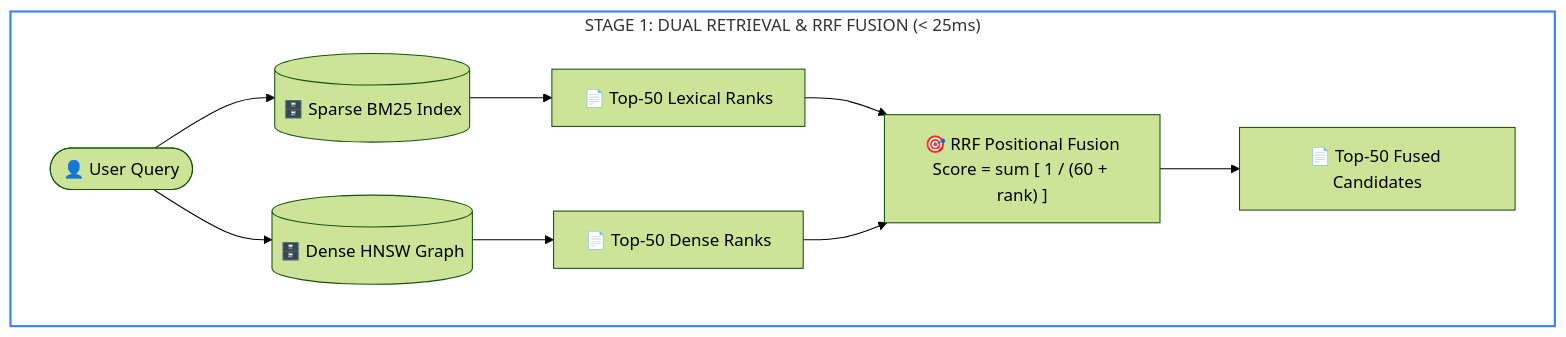
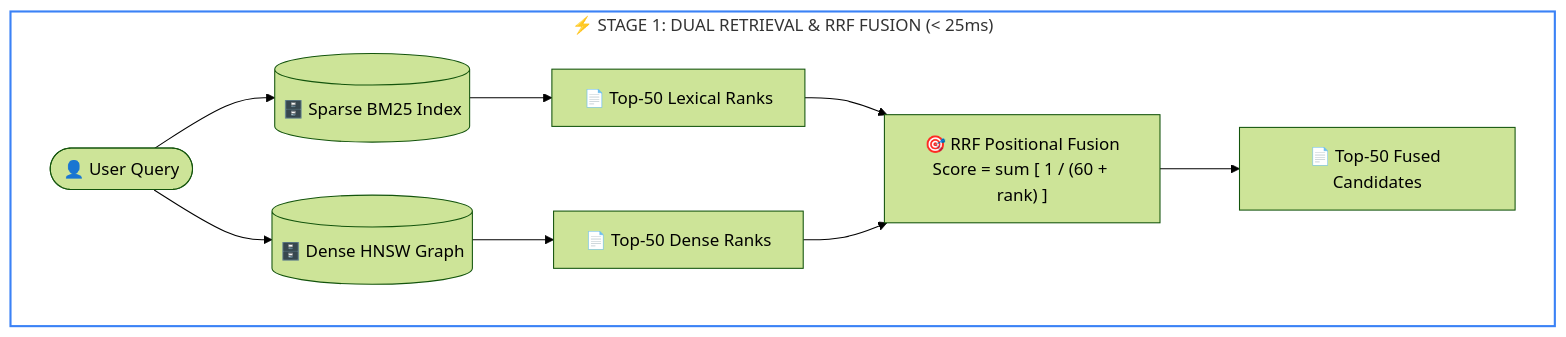
The first of 3 diagrams in 02-rag-and-knowledge-systems/04-reciprocal-rank-fusion-and-cross-encoders.md (dip4k/senior-engineer-to-ai-engineer-roadmap), drawn with Mermaid (forest theme) before and after one commit. The commit also changed other lines of this file and 94 other files, not shown here.

Commit message:
refactor(curriculum): complete Phase 04 upgrade and enforce diagram renderer invariants

````diff
--- a/02-rag-and-knowledge-systems/04-reciprocal-rank-fusion-and-cross-encoders.md
+++ b/02-rag-and-knowledge-systems/04-reciprocal-rank-fusion-and-cross-encoders.md
@@ -56,13 +56,13 @@
 ```mermaid
 flowchart TD
-    subgraph Stage1["STAGE 1: DUAL RETRIEVAL & RRF FUSION (< 25ms)"]
+    subgraph Stage1["⚡ STAGE 1: DUAL RETRIEVAL & RRF FUSION (< 25ms)"]
         Q(["👤 User Query"]) --> BM25[("🗄️ Sparse BM25 Index")]
         Q --> HNSW[("🗄️ Dense HNSW Graph")]
         BM25 --> TopBM25["📄 Top-50 Lexical Ranks"]
         HNSW --> TopDense["📄 Top-50 Dense Ranks"]
         TopBM25 --> RRF["🎯 RRF Positional Fusion<br>Score = sum [ 1 / (60 + rank) ]"]
         TopDense --> RRF
         RRF --> Fused["📄 Top-50 Fused Candidates"]
     end
     style Stage1 fill:none,stroke:#3b82f6,stroke-width:2px;
 ```
````
